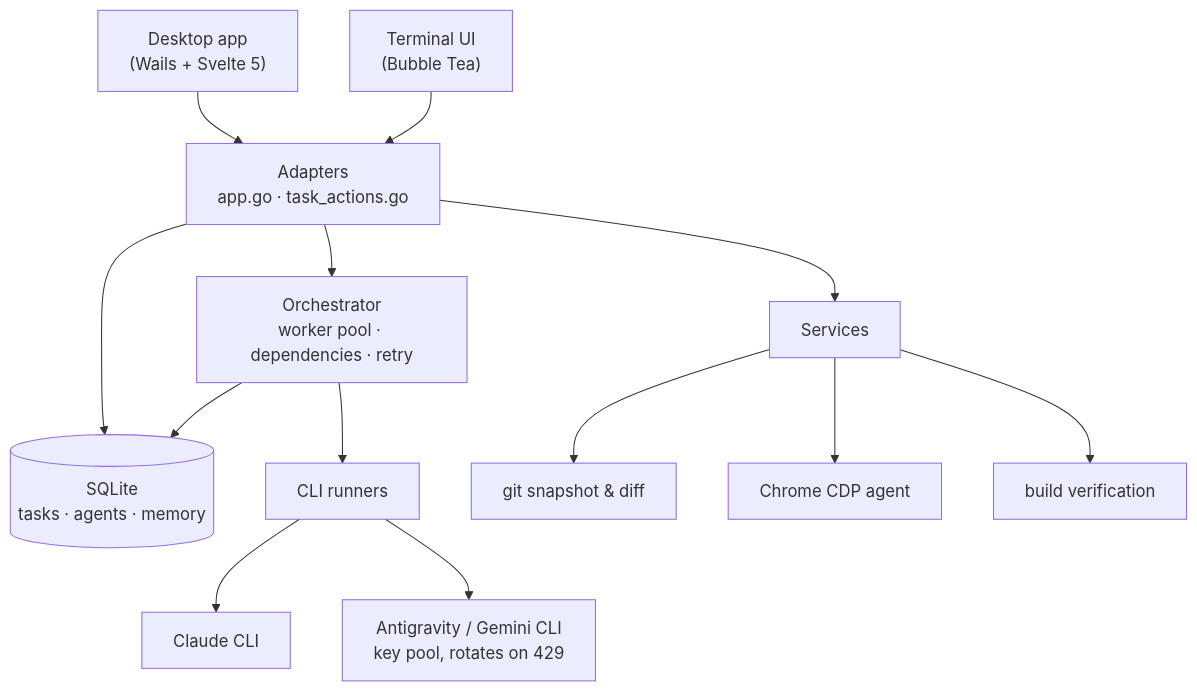
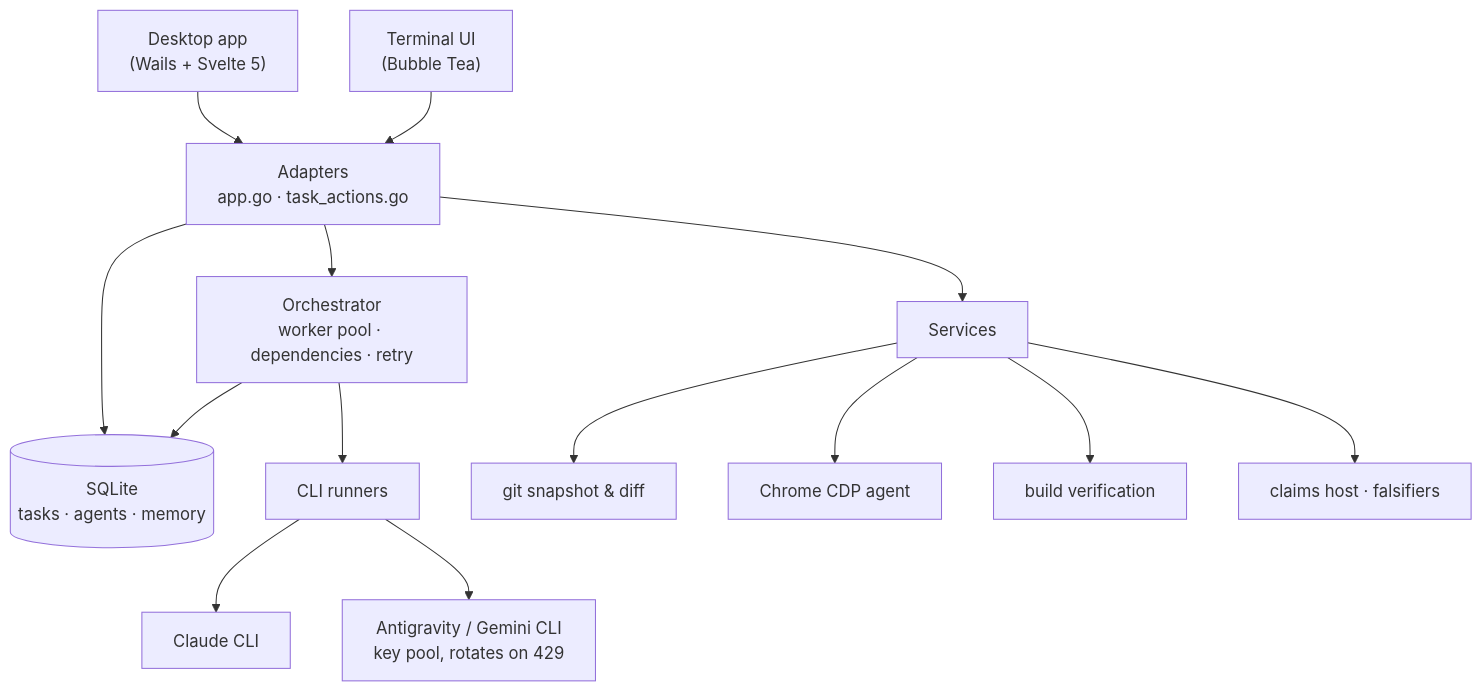
The diagram in README.md (thydynh03/claude_suite), drawn with Mermaid before and after one commit. The commit also changed other lines of this file and 21 other files, not shown here.

````diff
--- a/README.md
+++ b/README.md
@@ -120,19 +208,20 @@
 ```mermaid
 graph TD
     Desktop["Desktop app<br/>(Wails + Svelte 5)"] --> Adapters
     Terminal["Terminal UI<br/>(Bubble Tea)"] --> Adapters
 
     Adapters["Adapters<br/>app.go · task_actions.go"] --> Orchestrator
     Adapters --> Services
     Adapters --> DB[("SQLite<br/>tasks · agents · memory")]
 
     Orchestrator["Orchestrator<br/>worker pool · dependencies · retry"] --> Runners
     Orchestrator --> DB
 
     Runners["CLI runners"] --> Claude["Claude CLI"]
     Runners --> Anti["Antigravity / Gemini CLI<br/>key pool, rotates on 429"]
 
     Services["Services"] --> Git["git snapshot & diff"]
     Services --> Browser["Chrome CDP agent"]
     Services --> Verify["build verification"]
+    Services --> Claims["claims host · falsifiers"]
 ```
````
